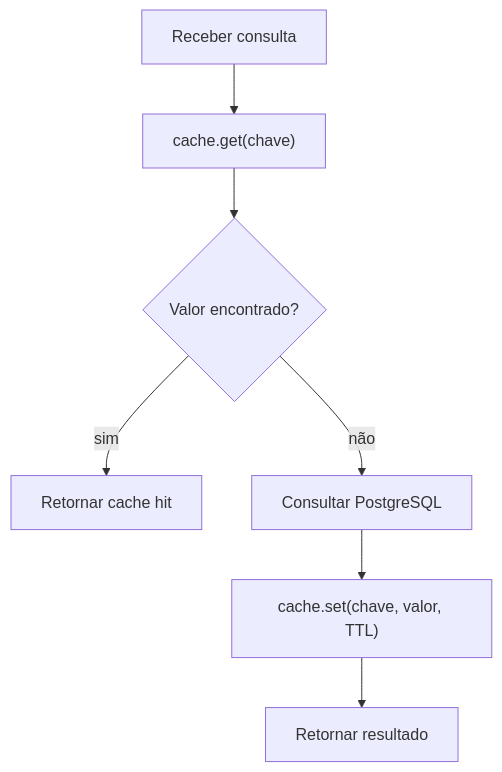
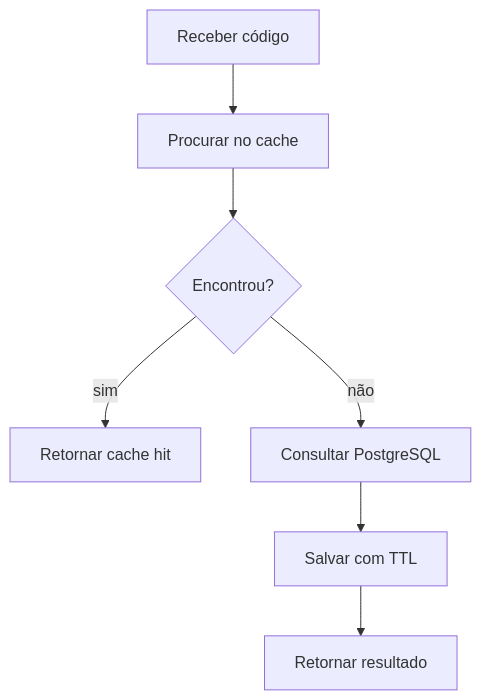
The fourth of 6 diagrams in docs/encontros/encontro-25.md (luciano-alexandre/sistemas-corporativos), drawn with Mermaid before and after one commit. The commit also changed other lines of this file and 2 other files, not shown here.

````diff
--- a/docs/encontros/encontro-25.md
+++ b/docs/encontros/encontro-25.md
@@ -137,9 +128,9 @@
 ```mermaid
 flowchart TB
-    Q["Receber consulta"] --> G["cache.get(chave)"]
-    G --> E{"Valor encontrado?"}
+    Q["Receber código"] --> G["Procurar no cache"]
+    G --> E{"Encontrou?"}
     E -->|sim| H["Retornar cache hit"]
     E -->|não| B["Consultar PostgreSQL"]
-    B --> S["cache.set(chave, valor, TTL)"]
+    B --> S["Salvar com TTL"]
     S --> R["Retornar resultado"]
 ```
````
